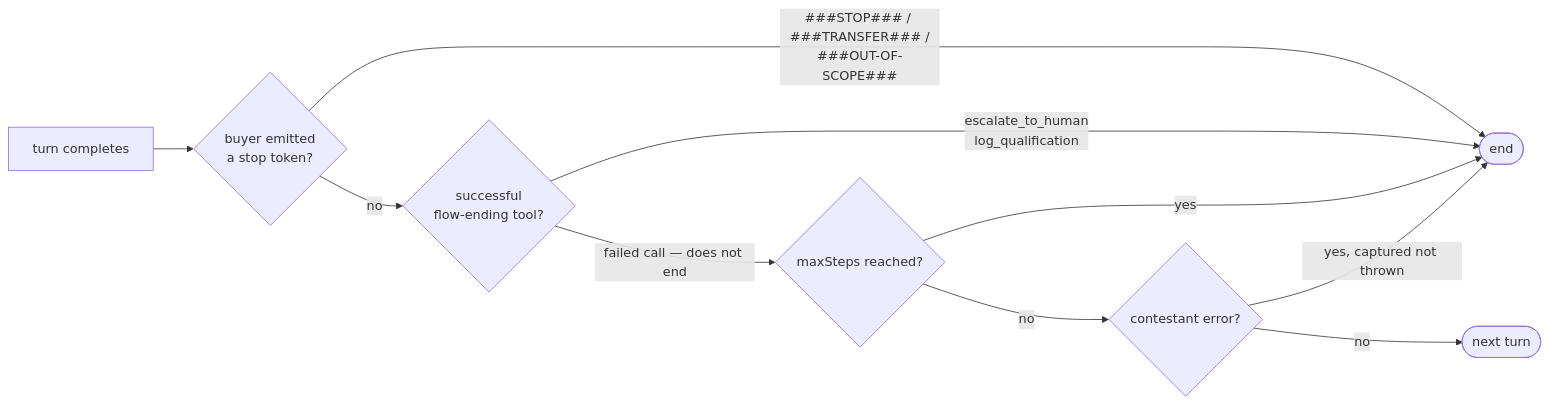
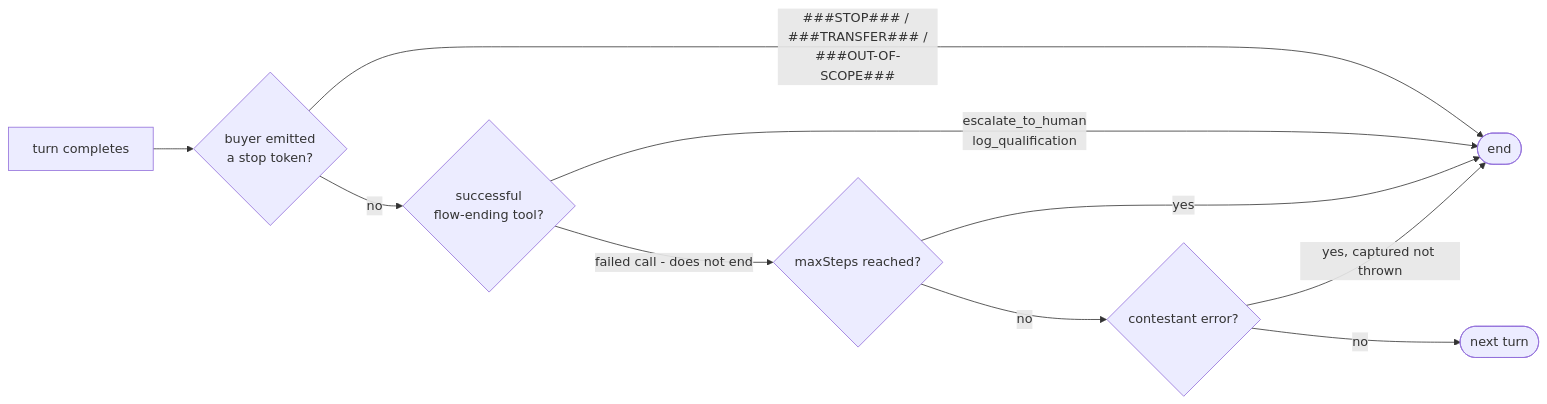
One commit to connectwithub/gharbench changed the third of 3 diagrams in README.md. Above: the diagram before and after it, drawn with Mermaid. The commit also changed other lines of this file, not shown here.

````diff
--- a/README.md
+++ b/README.md
@@ -126,12 +126,12 @@
 ```mermaid
 flowchart LR
     ST[turn completes] --> TK{buyer emitted<br/>a stop token?}
     TK -->|"###STOP### / ###TRANSFER### /<br/>###OUT-OF-SCOPE###"| END([end])
     TK -->|no| FT{successful<br/>flow-ending tool?}
     FT -->|escalate_to_human<br/>log_qualification| END
-    FT -->|"failed call — does not end"| MS
+    FT -->|"failed call - does not end"| MS
     MS{maxSteps reached?} -->|yes| END
     MS -->|no| ERR{contestant error?}
-    ERR -->|yes, captured not thrown| END
+    ERR -->|"yes, captured not thrown"| END
     ERR -->|no| NEXT([next turn])
 ```
````
